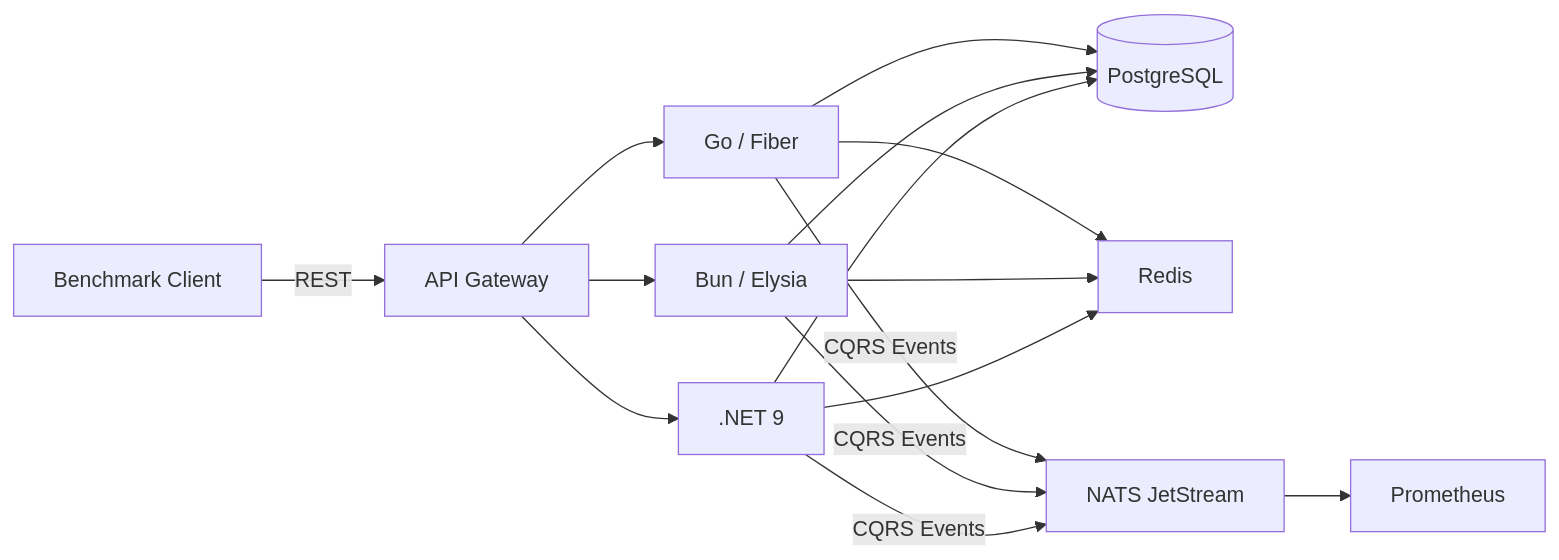
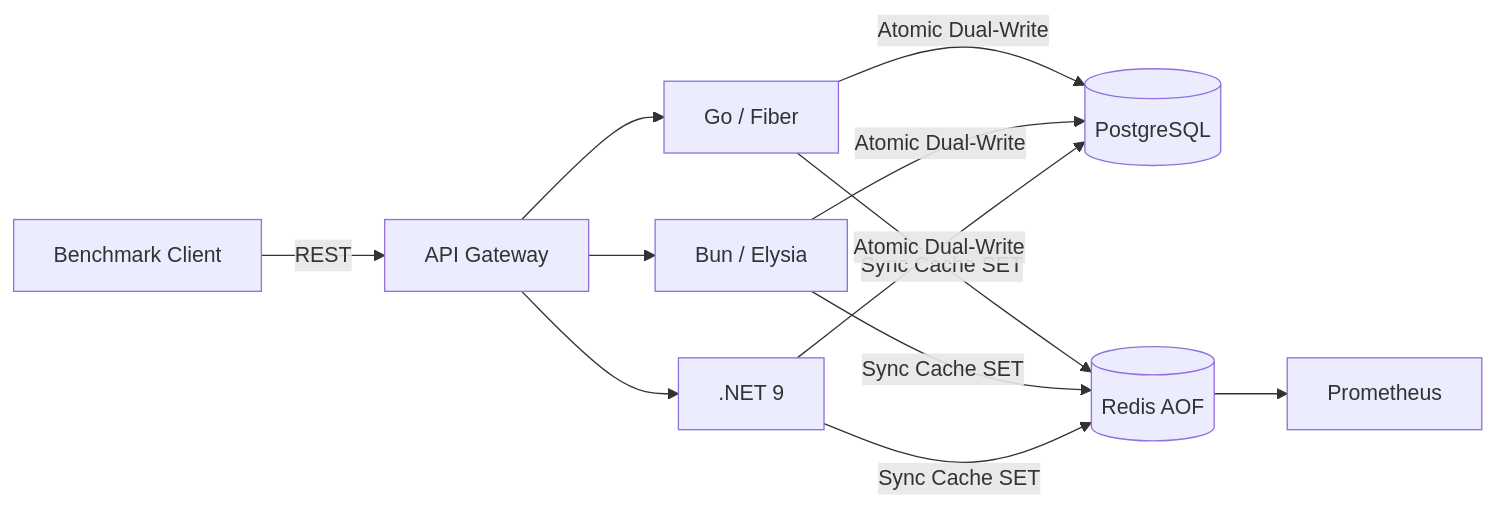
The diagram in README.md (BlueRexPY/EcosystemWebApiPerformance), drawn with Mermaid before and after one commit. The commit also changed other lines of this file and 20 other files, not shown here.

````diff
--- a/README.md
+++ b/README.md
@@ -25,17 +26,14 @@
 ```mermaid
 graph LR
     Client[Benchmark Client] -->|REST| GW[API Gateway]
     GW --> Go[Go / Fiber]
     GW --> JS[Bun / Elysia]
     GW --> CS[.NET 9]
-    Go --> PG[(PostgreSQL)]
-    Go --> R[Redis]
-    JS --> PG
-    JS --> R
-    CS --> PG
-    CS --> R
-    Go -->|CQRS Events| NATS[NATS JetStream]
-    JS -->|CQRS Events| NATS
-    CS -->|CQRS Events| NATS
-    NATS --> Prom[Prometheus]
+    Go -->|Atomic Dual-Write| PG[(PostgreSQL)]
+    Go -->|Sync Cache SET| R[(Redis AOF)]
+    JS -->|Atomic Dual-Write| PG
+    JS -->|Sync Cache SET| R
+    CS -->|Atomic Dual-Write| PG
+    CS -->|Sync Cache SET| R
+    R --> Prom[Prometheus]
 ```
````
